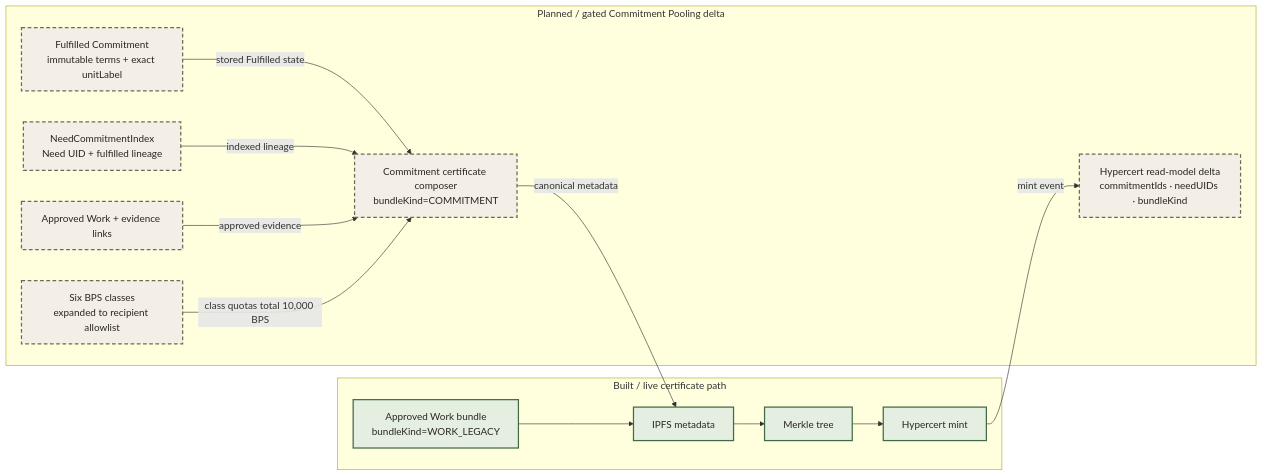
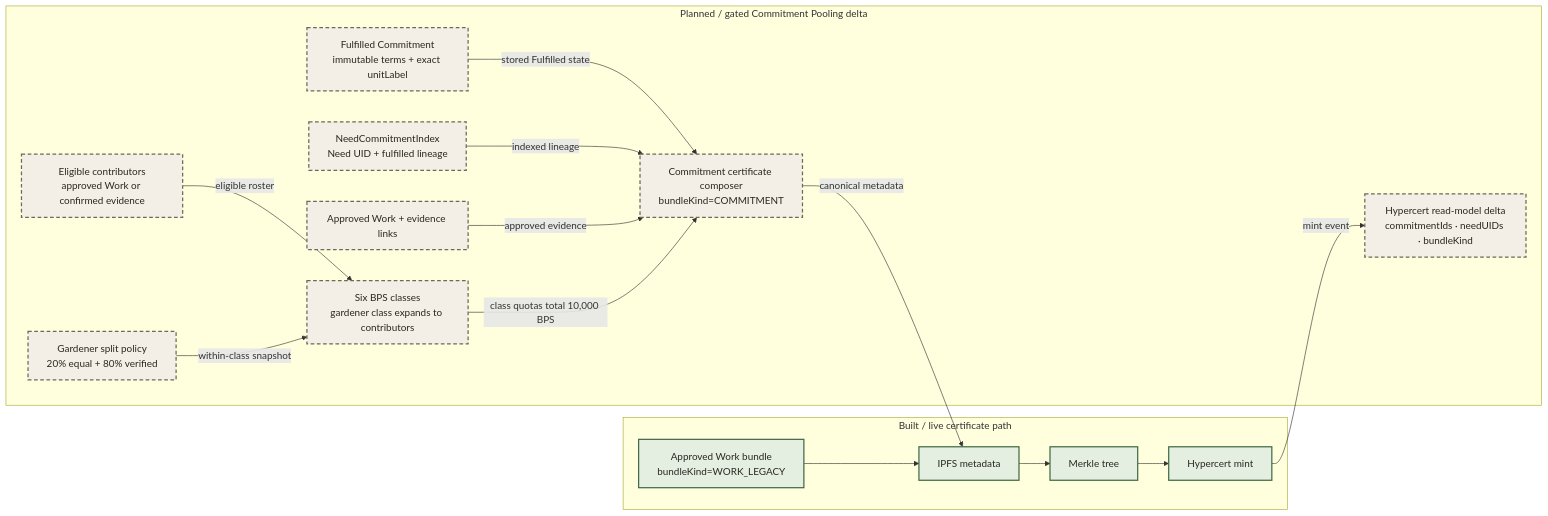
One commit to greenpill-dev-guild/green-goods changed diagram 18 of 35 in .plans/active/commitment-pooling/diagrams.md. Above: the diagram before and after it, drawn with Mermaid. The commit also changed other lines of this file and 40 other files, not shown here.

````diff
--- a/.plans/active/commitment-pooling/diagrams.md
+++ b/.plans/active/commitment-pooling/diagrams.md
@@ -960,33 +1026,37 @@
 ```mermaid
 flowchart LR
   subgraph LIVE["Built / live certificate path"]
     WORK["Approved Work bundle<br/>bundleKind=WORK_LEGACY"]
     IPFS["IPFS metadata"]
     MERKLE["Merkle tree"]
     MINT["Hypercert mint"]
   end
 
   subgraph PLANNED["Planned / gated Commitment Pooling delta"]
     FUL["Fulfilled Commitment<br/>immutable terms + exact unitLabel"]
     LINEAGE["NeedCommitmentIndex<br/>Need UID + fulfilled lineage"]
     EVIDENCE["Approved Work + evidence links"]
+    TEAM["Eligible contributors<br/>approved Work or confirmed evidence"]
+    POLICY["Gardener split policy<br/>20% equal + 80% verified"]
     COMPOSE["Commitment certificate composer<br/>bundleKind=COMMITMENT"]
-    BPS["Six BPS classes<br/>expanded to recipient allowlist"]
+    BPS["Six BPS classes<br/>gardener class expands to contributors"]
     HCIDX["Hypercert read-model delta<br/>commitmentIds · needUIDs · bundleKind"]
   end
 
   WORK --> IPFS
   FUL -->|"stored Fulfilled state"| COMPOSE
   LINEAGE -->|"indexed lineage"| COMPOSE
   EVIDENCE -->|"approved evidence"| COMPOSE
+  TEAM -->|"eligible roster"| BPS
+  POLICY -->|"within-class snapshot"| BPS
   BPS -->|"class quotas total 10,000 BPS"| COMPOSE
   COMPOSE -->|"canonical metadata"| IPFS
   IPFS --> MERKLE
   MERKLE --> MINT
   MINT -->|"mint event"| HCIDX
 
   classDef built fill:#E4EFE2,stroke:#426A45,color:#2A2722,stroke-width:2px
   classDef planned fill:#F4EFE6,stroke:#6E6857,color:#2A2722,stroke-width:2px,stroke-dasharray:6 4
   class WORK,IPFS,MERKLE,MINT built
-  class FUL,LINEAGE,EVIDENCE,COMPOSE,BPS,HCIDX planned
+  class FUL,LINEAGE,EVIDENCE,TEAM,POLICY,COMPOSE,BPS,HCIDX planned
 ```
````
